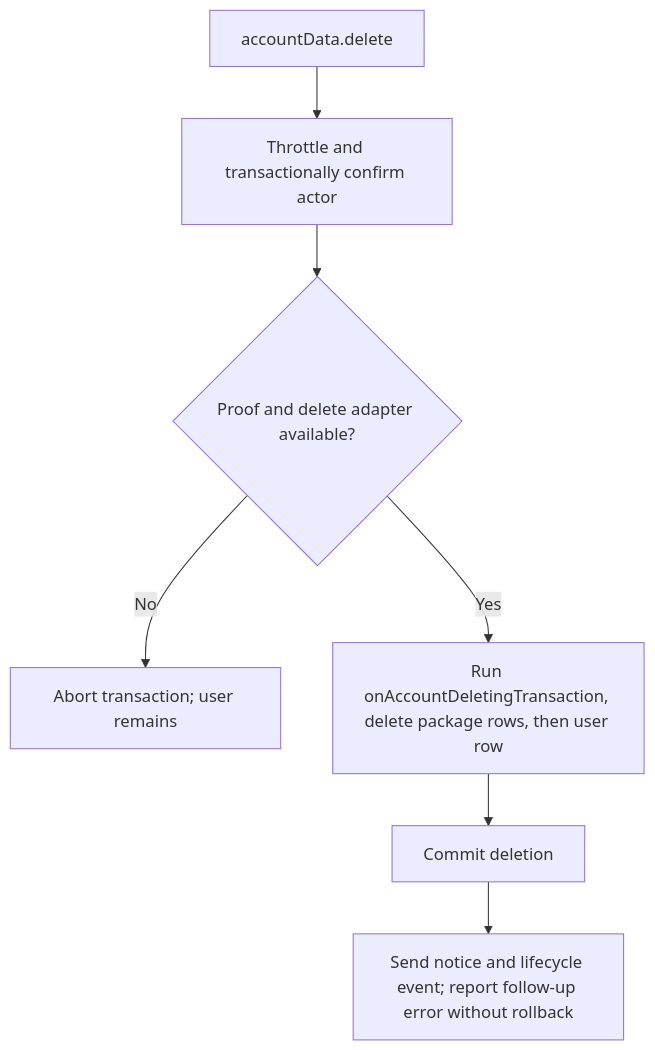
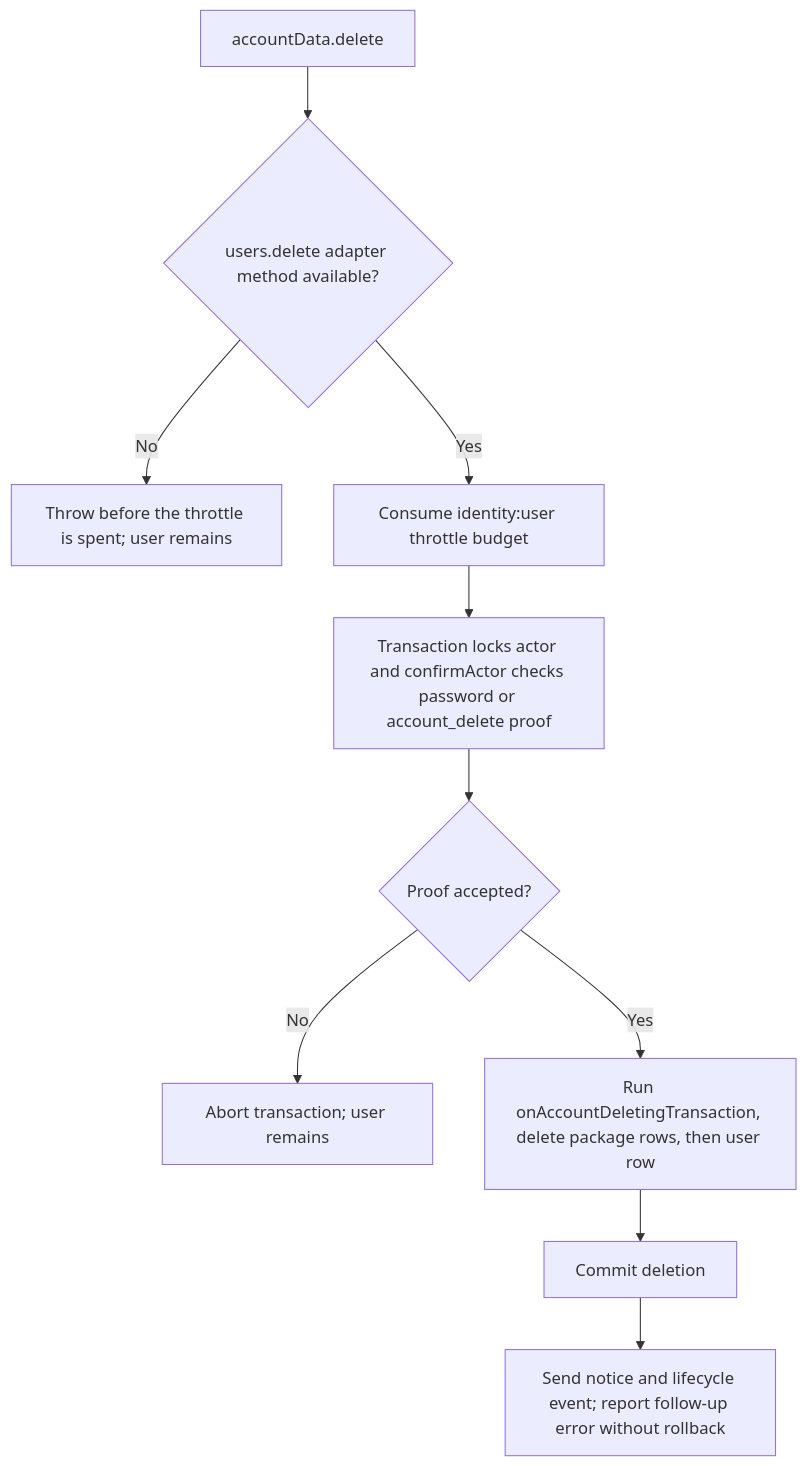
One commit to Kevinjohn/oss-adonisjs-account-kit changed the second of 2 diagrams in user-stories/US-ACCOUNT-19-delete-account.md. Above: the diagram before and after it, drawn with Mermaid. The commit also changed other lines of this file and 22 other files, not shown here.

````diff
--- a/user-stories/US-ACCOUNT-19-delete-account.md
+++ b/user-stories/US-ACCOUNT-19-delete-account.md
@@ -30,9 +30,12 @@
 ```mermaid
 flowchart TD
- A["accountData.delete"] --> B["Throttle and transactionally confirm actor"]
- B --> C{"Proof and delete adapter available?"}
- C -->|No| D["Abort transaction; user remains"]
- C -->|Yes| E["Run onAccountDeletingTransaction, delete package rows, then user row"]
+ A["accountData.delete"] --> B{"users.delete adapter method available?"}
+ B -->|No| D0["Throw before the throttle is spent; user remains"]
+ B -->|Yes| T["Consume identity:user throttle budget"]
+ T --> C["Transaction locks actor and confirmActor checks password or account_delete proof"]
+ C --> P{"Proof accepted?"}
+ P -->|No| D["Abort transaction; user remains"]
+ P -->|Yes| E["Run onAccountDeletingTransaction, delete package rows, then user row"]
  E --> F["Commit deletion"]
  F --> G["Send notice and lifecycle event; report follow-up error without rollback"]
 ```
````
